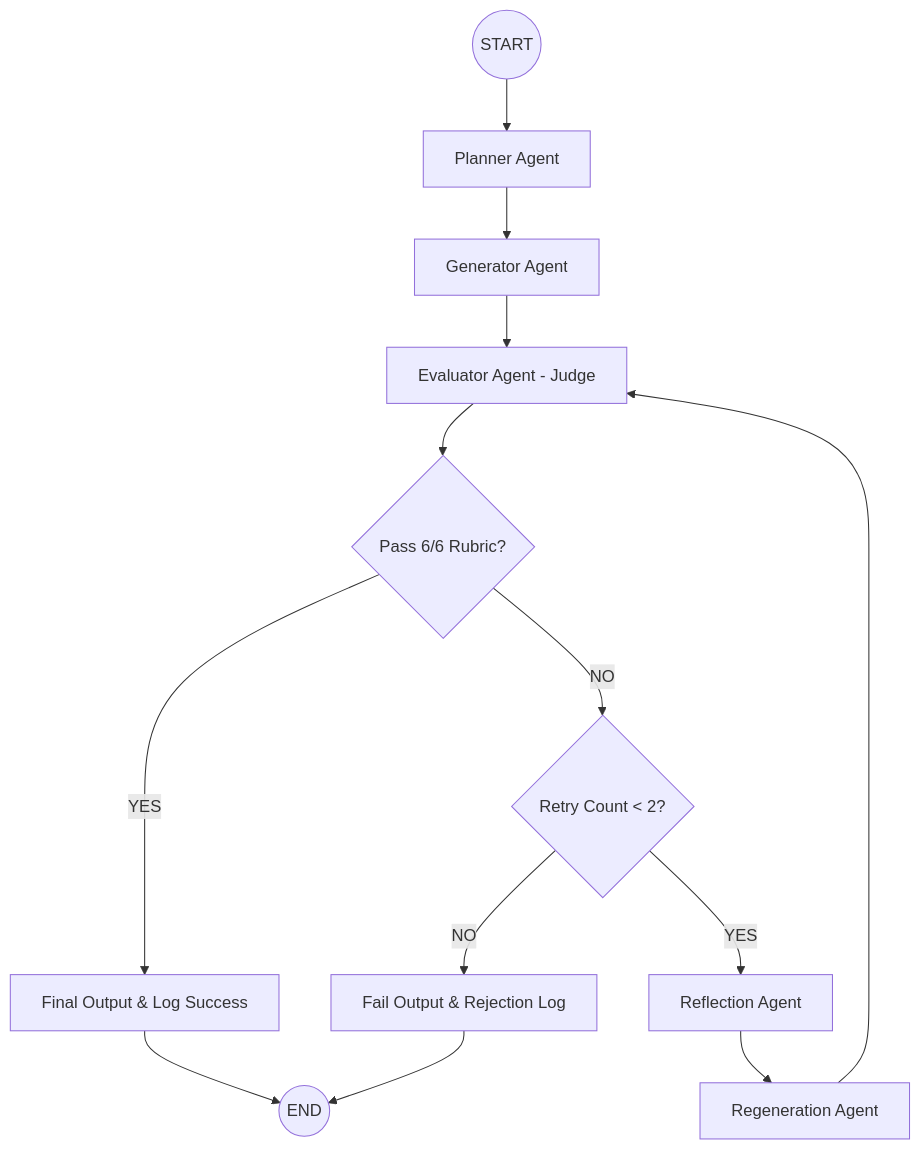
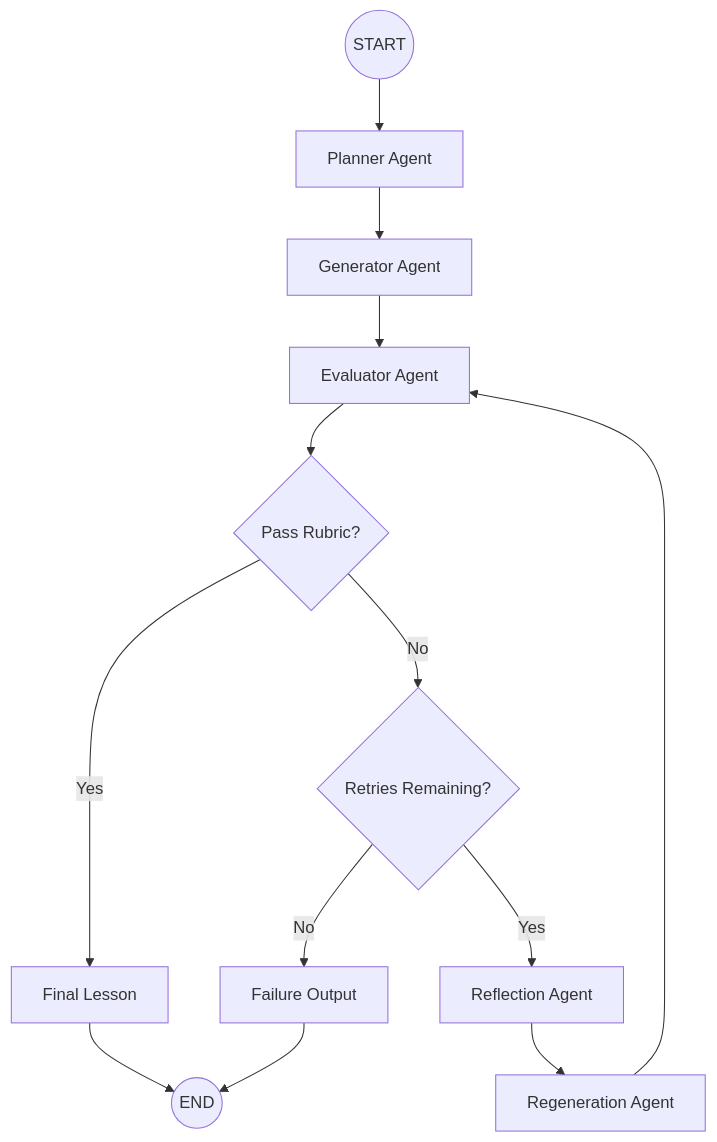
Before and after one commit to Hari-webdev/rag_lesson_generator: the diagram in README.md, drawn with Mermaid. The commit also changed other lines of this file, not shown here.

Commit message:
Initial commit of Rag_Lesson_Agent

````diff
--- a/README.md
+++ b/README.md
@@ -13,18 +27,20 @@
 ```mermaid
 graph TD
     START((START)) --> A[Planner Agent]
     A --> B[Generator Agent]
-    B --> C[Evaluator Agent - Judge]
-    C --> D{Pass 6/6 Rubric?}
-    
-    D -- YES --> E[Final Output & Log Success]
+    B --> C[Evaluator Agent]
+
+    C --> D{Pass Rubric?}
+
+    D -- Yes --> E[Final Lesson]
     E --> END((END))
-    
-    D -- NO --> F{Retry Count < 2?}
-    F -- YES --> G[Reflection Agent]
+
+    D -- No --> F{Retries Remaining?}
+
+    F -- Yes --> G[Reflection Agent]
     G --> H[Regeneration Agent]
     H --> C
-    
-    F -- NO --> I[Fail Output & Rejection Log]
+
+    F -- No --> I[Failure Output]
     I --> END
 ```
````
